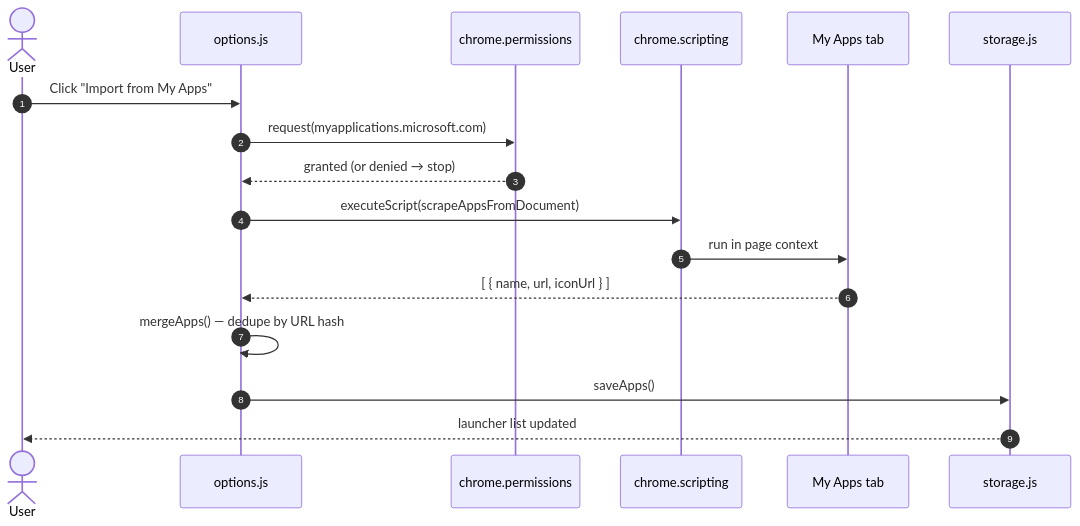
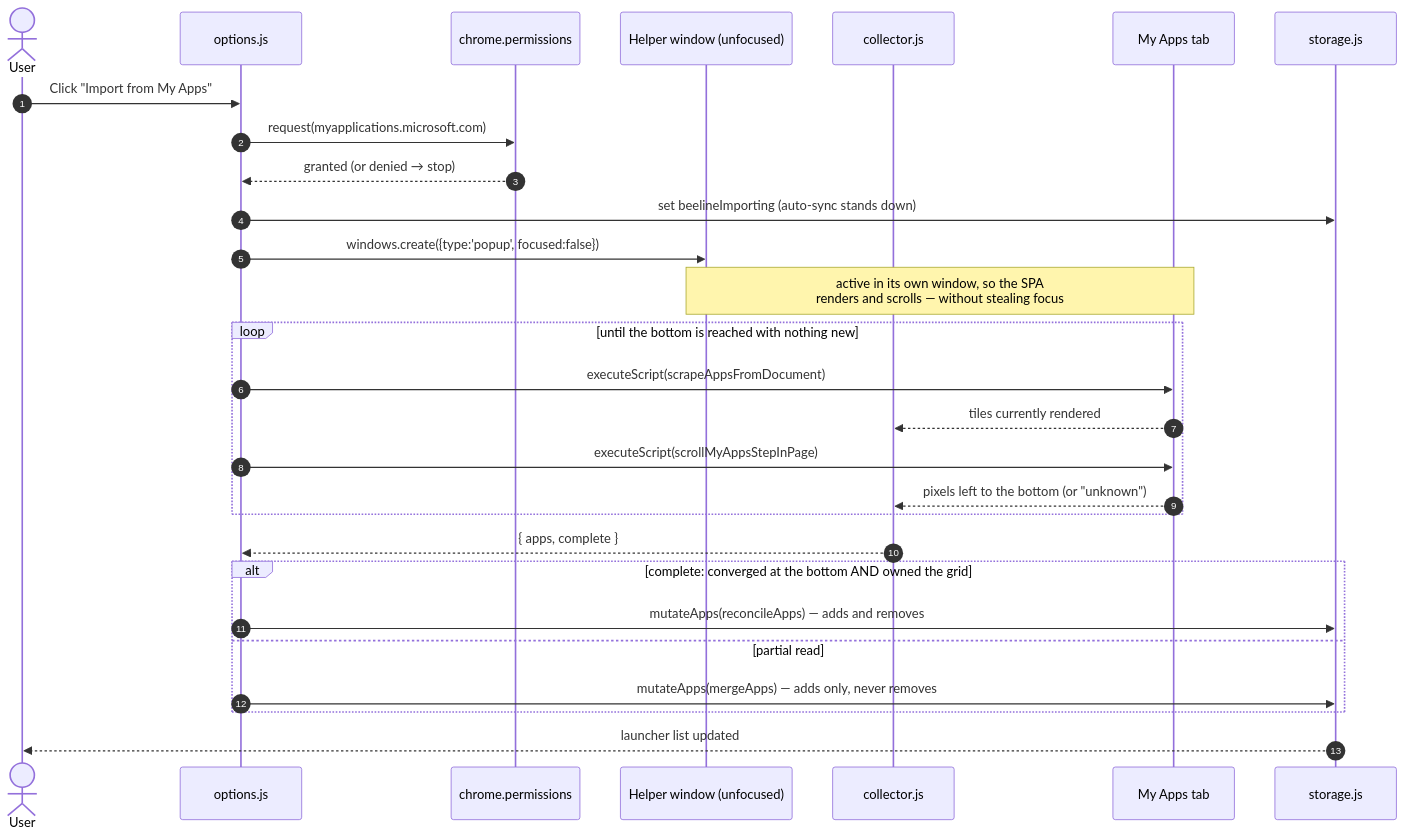
One commit to sapn95/beeline changed the second of 2 diagrams in docs/architecture.md. Above: the diagram before and after it, drawn with Mermaid. The commit also changed other lines of this file and 2 other files, not shown here.

First line of the commit message:
docs: bring the README and architecture doc back in line with the code

````diff
--- a/docs/architecture.md
+++ b/docs/architecture.md
@@ -60,20 +70,31 @@
 ```mermaid
 sequenceDiagram
   autonumber
   actor U as User
   participant O as options.js
   participant Perm as chrome.permissions
-  participant Scr as chrome.scripting
+  participant W as Helper window (unfocused)
+  participant C as collector.js
   participant Tab as My Apps tab
   participant St as storage.js
 
   U->>O: Click "Import from My Apps"
   O->>Perm: request(myapplications.microsoft.com)
   Perm-->>O: granted (or denied → stop)
-  O->>Scr: executeScript(scrapeAppsFromDocument)
-  Scr->>Tab: run in page context
-  Tab-->>O: [ { name, url, iconUrl } ]
-  O->>O: mergeApps() — dedupe by URL hash
-  O->>St: saveApps()
+  O->>St: set beelineImporting (auto-sync stands down)
+  O->>W: windows.create({type:'popup', focused:false})
+  Note over W,Tab: active in its own window, so the SPA<br/>renders and scrolls — without stealing focus
+  loop until the bottom is reached with nothing new
+    O->>Tab: executeScript(scrapeAppsFromDocument)
+    Tab-->>C: tiles currently rendered
+    O->>Tab: executeScript(scrollMyAppsStepInPage)
+    Tab-->>C: pixels left to the bottom (or "unknown")
+  end
+  C-->>O: { apps, complete }
+  alt complete: converged at the bottom AND owned the grid
+    O->>St: mutateApps(reconcileApps) — adds and removes
+  else partial read
+    O->>St: mutateApps(mergeApps) — adds only, never removes
+  end
   St-->>U: launcher list updated
 ```
````
